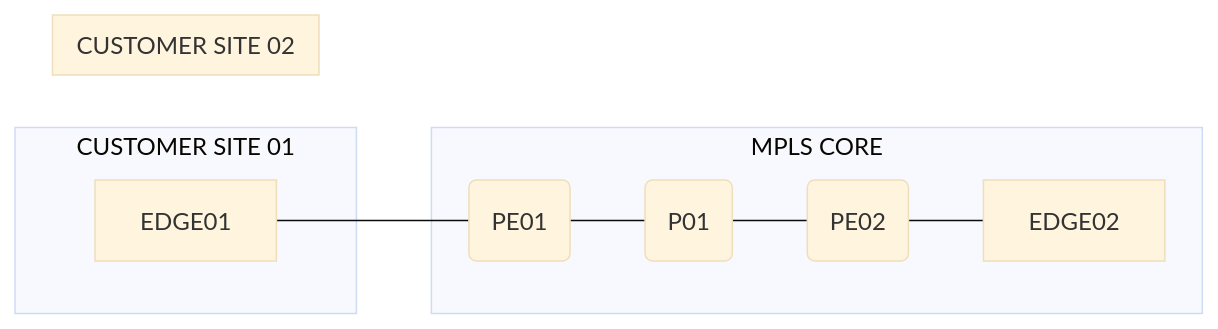
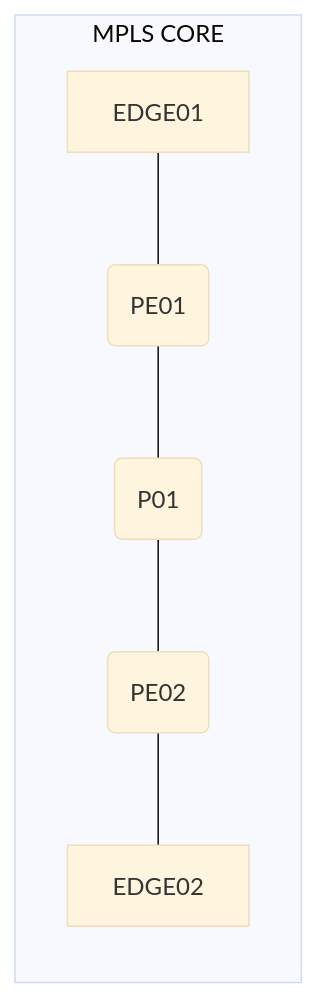
Before and after one commit to jnaranjom/iac_network_deployment: the diagram in diagrams/network_diagram.md, drawn with Mermaid (base theme).

````diff
--- a/diagrams/network_diagram.md
+++ b/diagrams/network_diagram.md
@@ -7,15 +7,11 @@
 ```mermaid
 flowchart LR
-  subgraph CUSTOMER SITE 01
   A[EDGE01]
-  end
   subgraph MPLS CORE
   A --- B(PE01)
   B --- C(P01)
   C --- D(PE02)
   D --- E[EDGE02]
   end
-  subgraph CUSTOMER SITE 02
   E[EDGE02]
-  end
 ```
````
